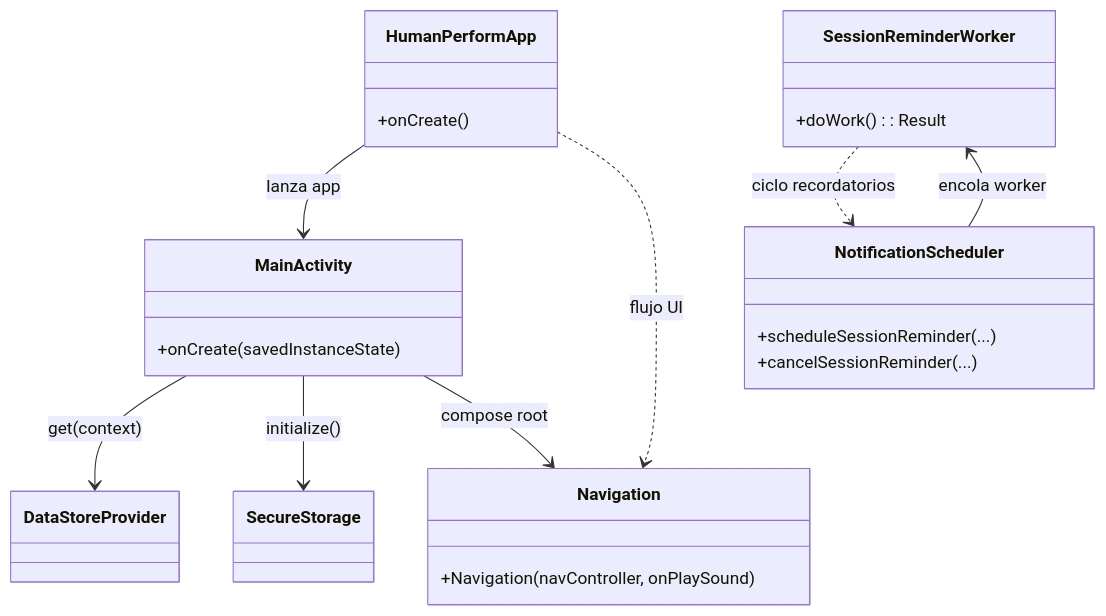
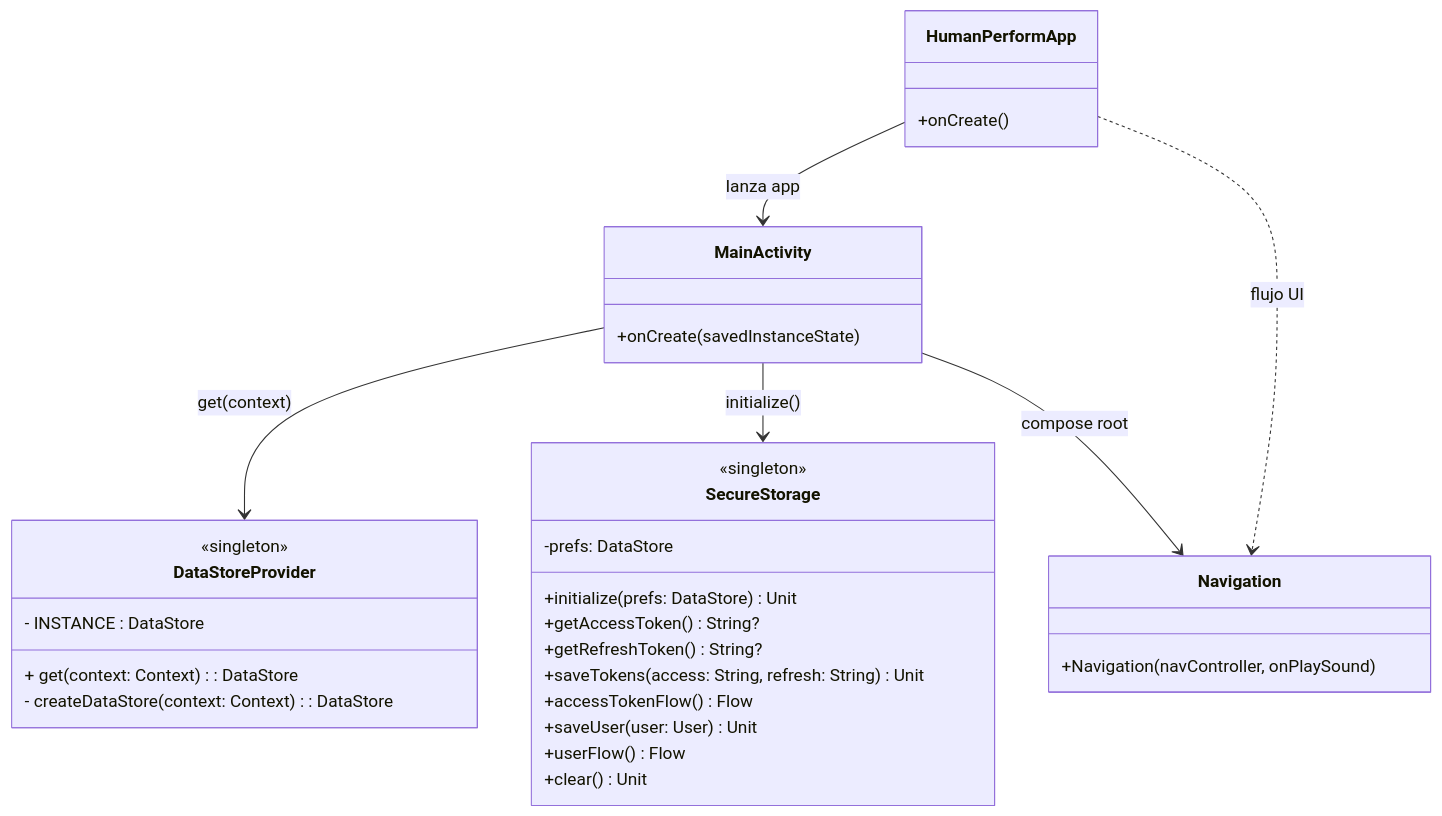
Before and after one commit to asobrados03/HumanPerformApp: the sixth of 6 diagrams in docs/CLASS_DIAGRAMS_FUNDAMENTOS.md, drawn with Mermaid. The commit also changed other lines of this file, not shown here.

Commit message:
Update class diagram for androidApp layer
Removed NotificationScheduler and SessionReminderWorker classes from the class diagram. Updated section title to reflect changes in the androidApp layer.

````diff
--- a/docs/CLASS_DIAGRAMS_FUNDAMENTOS.md
+++ b/docs/CLASS_DIAGRAMS_FUNDAMENTOS.md
@@ -331,38 +331,44 @@
 ```mermaid
 classDiagram
     direction TB
 
     class HumanPerformApp {
       +onCreate()
     }
 
     class MainActivity {
       +onCreate(savedInstanceState)
     }
 
     class Navigation {
       +Navigation(navController, onPlaySound)
     }
 
-    class SessionReminderWorker {
-      +doWork(): Result
+
+    class DataStoreProvider {
+        <<singleton>>
+        - INSTANCE : DataStore<Preferences>
+        + get(context: Context) : DataStore<Preferences>
+        - createDataStore(context: Context) : DataStore<Preferences>
     }
+    class SecureStorage {
+        <<singleton>>
+        -prefs: DataStore<Preferences>
 
-    class NotificationScheduler {
-      +scheduleSessionReminder(...)
-      +cancelSessionReminder(...)
+        +initialize(prefs: DataStore<Preferences>) Unit
+        +getAccessToken() String?
+        +getRefreshToken() String?
+        +saveTokens(access: String, refresh: String) Unit
+        +accessTokenFlow() Flow<String>
+        +saveUser(user: User) Unit
+        +userFlow() Flow<User?>
+        +clear() Unit
     }
-
-    class DataStoreProvider
-    class SecureStorage
 
     HumanPerformApp --> MainActivity : lanza app
     HumanPerformApp ..> Navigation : flujo UI
 
     MainActivity --> DataStoreProvider : get(context)
     MainActivity --> SecureStorage : initialize()
     MainActivity --> Navigation : compose root
-
-    NotificationScheduler --> SessionReminderWorker : encola worker
-    SessionReminderWorker ..> NotificationScheduler : ciclo recordatorios
 ```
````
